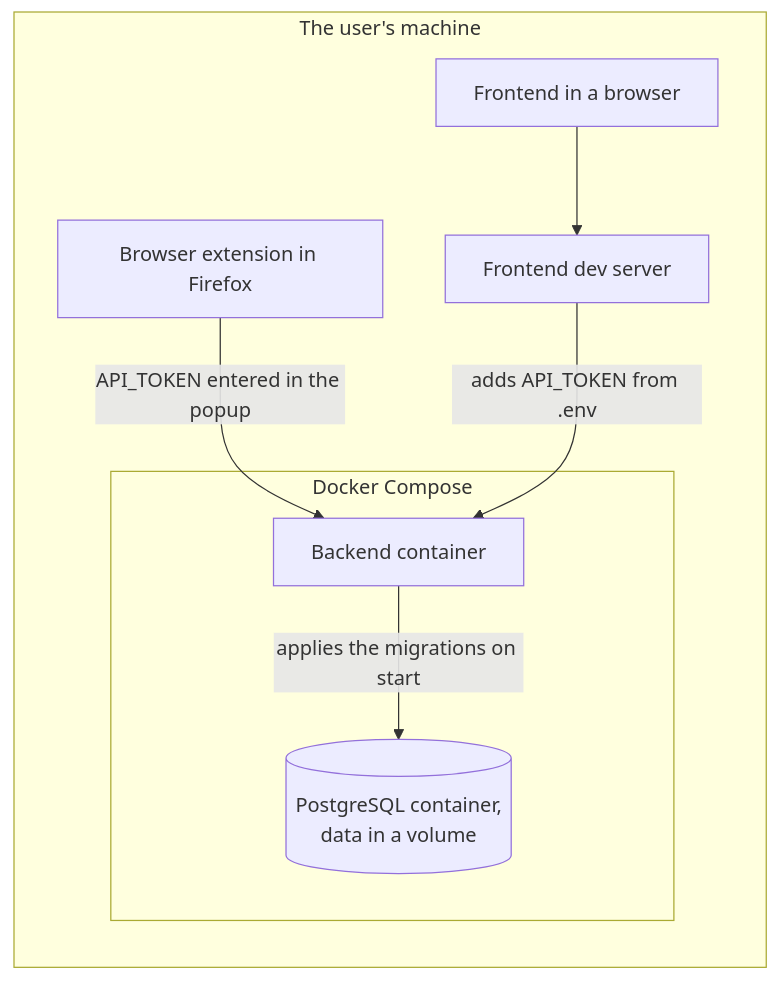
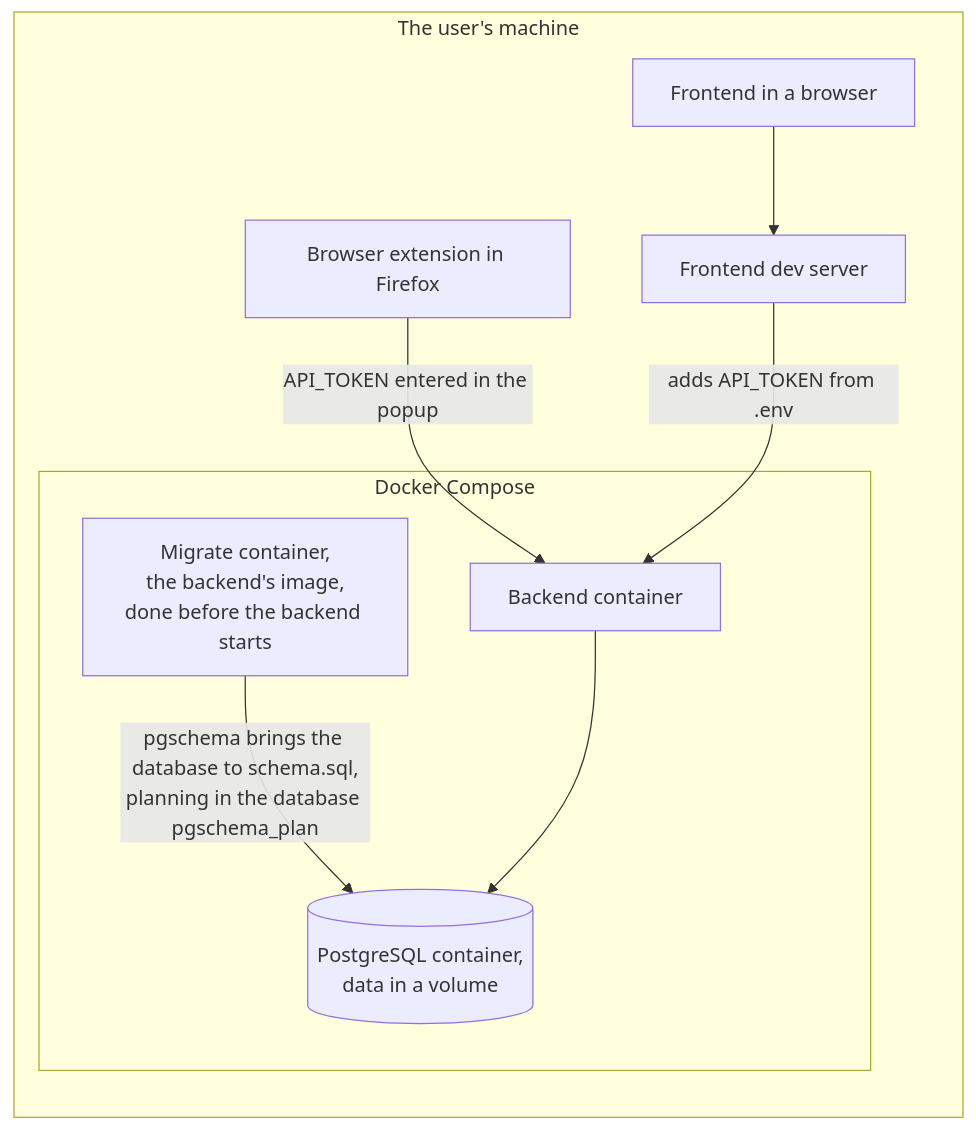
The diagram in docs/contract/hosting.md (lennartmoeller/finance-tracker), drawn with Mermaid before and after one commit. The commit also changed other lines of this file and 221 other files, not shown here.

````diff
--- a/docs/contract/hosting.md
+++ b/docs/contract/hosting.md
@@ -3,16 +3,18 @@
 ```mermaid
 flowchart LR
   subgraph machine["The user's machine"]
     subgraph compose["Docker Compose"]
+      migrate["Migrate container,<br/>the backend's image,<br/>done before the backend starts"]
       backend["Backend container"]
       postgres[("PostgreSQL container,<br/>data in a volume")]
     end
     extension["Browser extension in Firefox"]
     vite["Frontend dev server"]
     page["Frontend in a browser"]
   end
+  migrate -- "pgschema brings the database to schema.sql,<br/>planning in the database pgschema_plan" --> postgres
   extension -- "API_TOKEN entered in the popup" --> backend
   page --> vite
   vite -- "adds API_TOKEN from .env" --> backend
-  backend -- "applies the migrations on start" --> postgres
+  backend --> postgres
 ```
````
